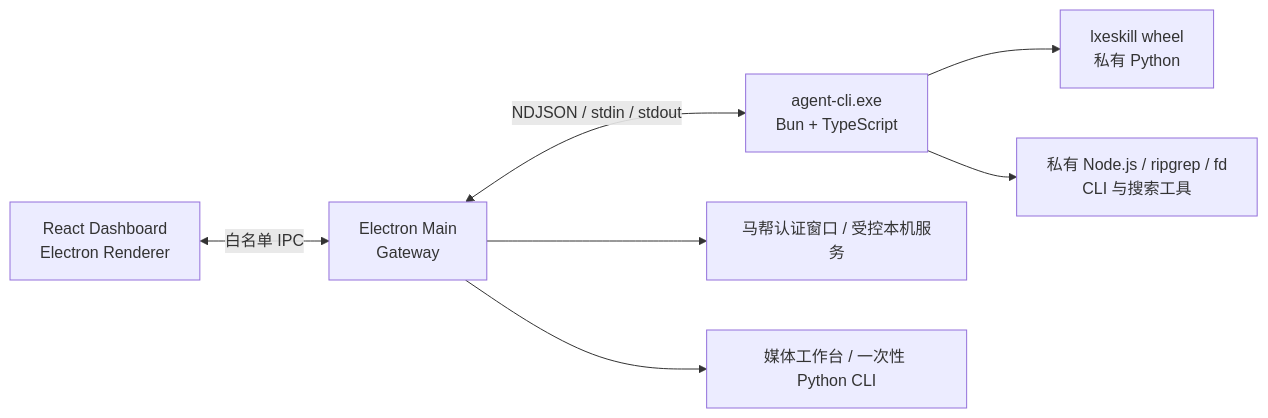
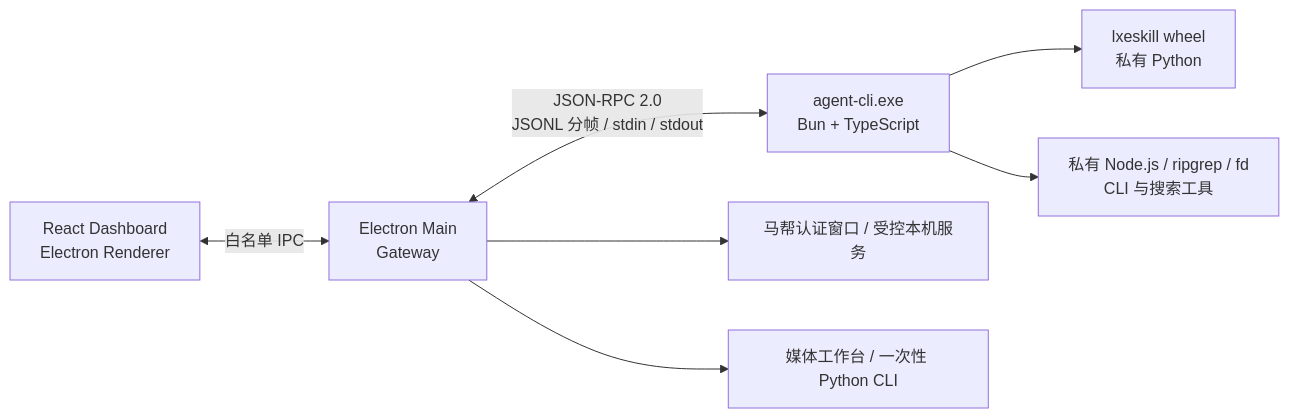
The diagram in docs/desktop/README.md (Arsenal20262/LXE_AGENT), drawn with Mermaid before and after one commit. The commit also changed other lines of this file and 7 other files, not shown here.

Commit message:
docs: clarify JSON-RPC transport and framing

````diff
--- a/docs/desktop/README.md
+++ b/docs/desktop/README.md
@@ -56,9 +56,9 @@
 ```mermaid
 flowchart LR
     UI["React Dashboard<br/>Electron Renderer"] <-->|"白名单 IPC"| MAIN["Electron Main<br/>Gateway"]
-    MAIN <-->|"NDJSON / stdin / stdout"| AGENT["agent-cli.exe<br/>Bun + TypeScript"]
+    MAIN <-->|"JSON-RPC 2.0<br/>JSONL 分帧 / stdin / stdout"| AGENT["agent-cli.exe<br/>Bun + TypeScript"]
     AGENT --> SKILL["lxeskill wheel<br/>私有 Python"]
     AGENT --> TOOLS["私有 Node.js / ripgrep / fd<br/>CLI 与搜索工具"]
     MAIN --> AUTH["马帮认证窗口 / 受控本机服务"]
     MAIN --> MEDIA["媒体工作台 / 一次性 Python CLI"]
 ```
````
